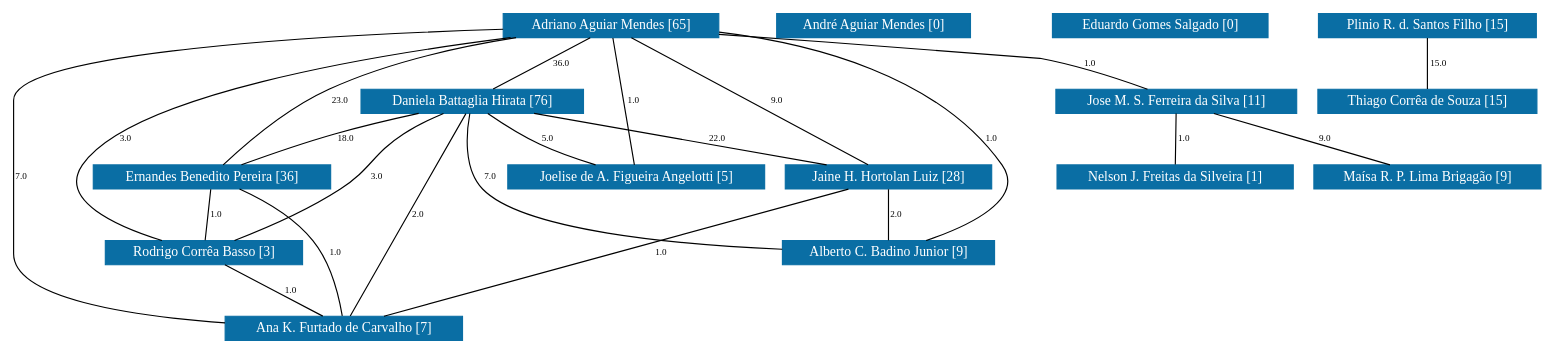
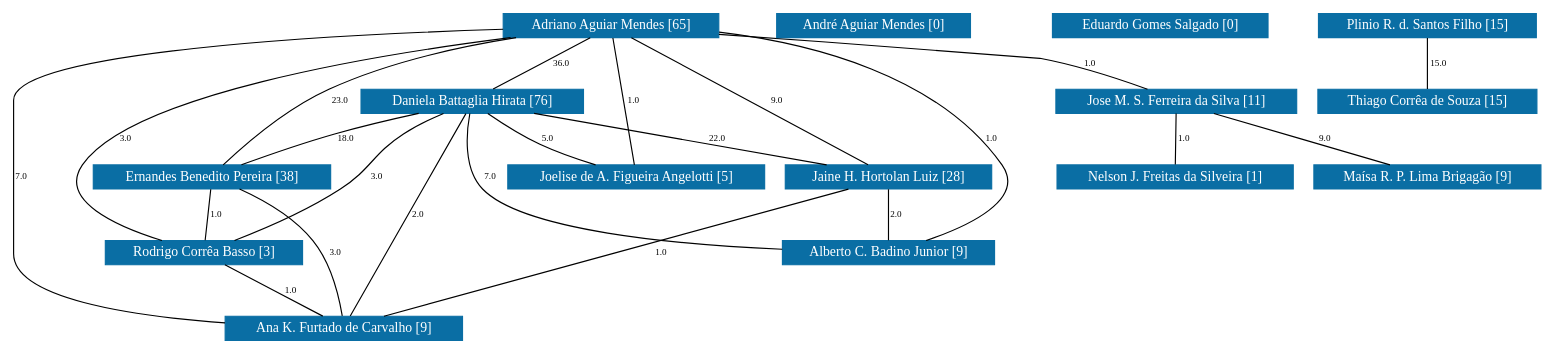
Before and after one commit to icamps/unifal-lattes.github.io: the diagram in PPGBiotec/grafoDeColaboracoesComPesos.dot, drawn with Graphviz. The commit also changed 878 other files, not shown here.

```diff
--- a/PPGBiotec/grafoDeColaboracoesComPesos.dot
+++ b/PPGBiotec/grafoDeColaboracoesComPesos.dot
@@ -30,7 +30,7 @@
 		color="#0A6EA4",
 		fontcolor="#FFFFFF",
 		height=0.29167,
-		label="Ernandes Benedito Pereira [36]",
+		label="Ernandes Benedito Pereira [38]",
 		pos="149,142.5",
 		width=2.3056];
 	0 -- 4	 [fontsize=8,
@@ -96,7 +96,7 @@
 		color="#0A6EA4",
 		fontcolor="#FFFFFF",
 		height=0.29167,
-		label="Ana K. Furtado de Carvalho [7]",
+		label="Ana K. Furtado de Carvalho [9]",
 		pos="243,10.5",
 		width=2.375];
 	0 -- 14	 [fontsize=8,
@@ -132,7 +132,7 @@
 		lp="149,109.5",
 		pos="147.07,131.9 144.85,119.65 141.2,99.622 138.96,87.297"];
 	4 -- 14	 [fontsize=8,
-		label=1.0,
+		label=3.0,
 		lp="233,76.5",
 		pos="166.39,131.98 181.43,122.08 202.78,105.95 216,87 230.51,66.208 237.96,36.834 241.11,21.226"];
 	5 -- 12	 [fontsize=8,
```
